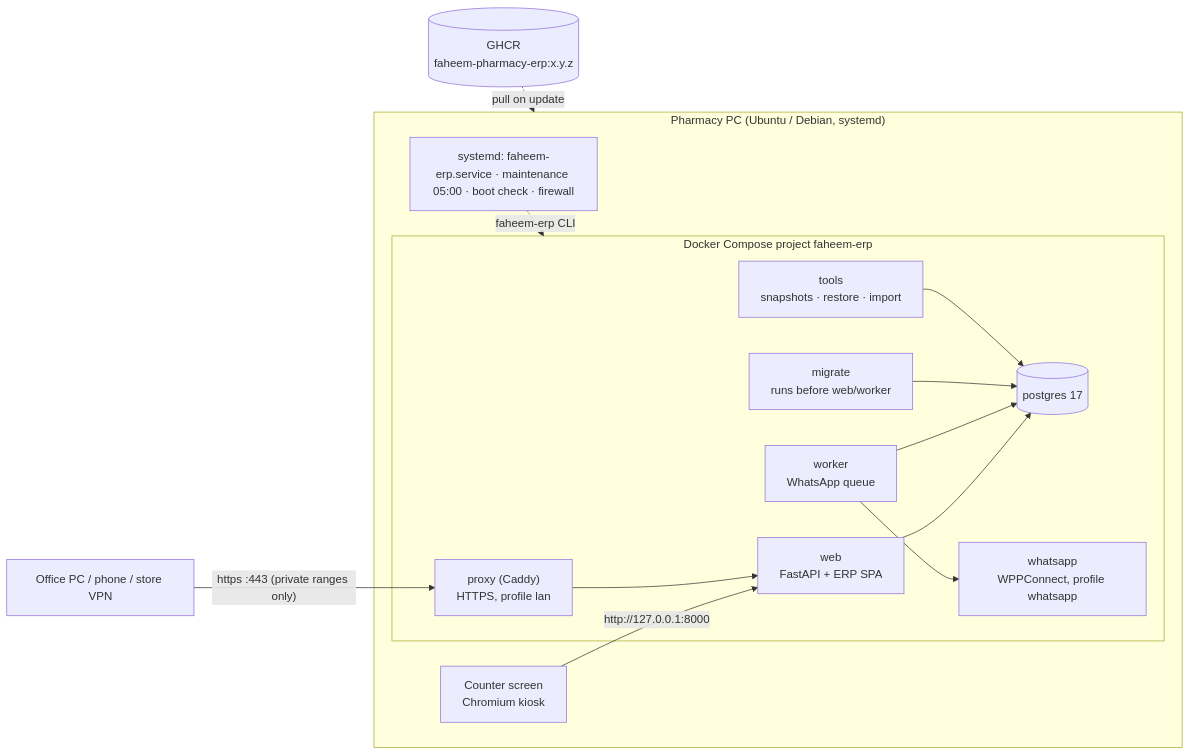
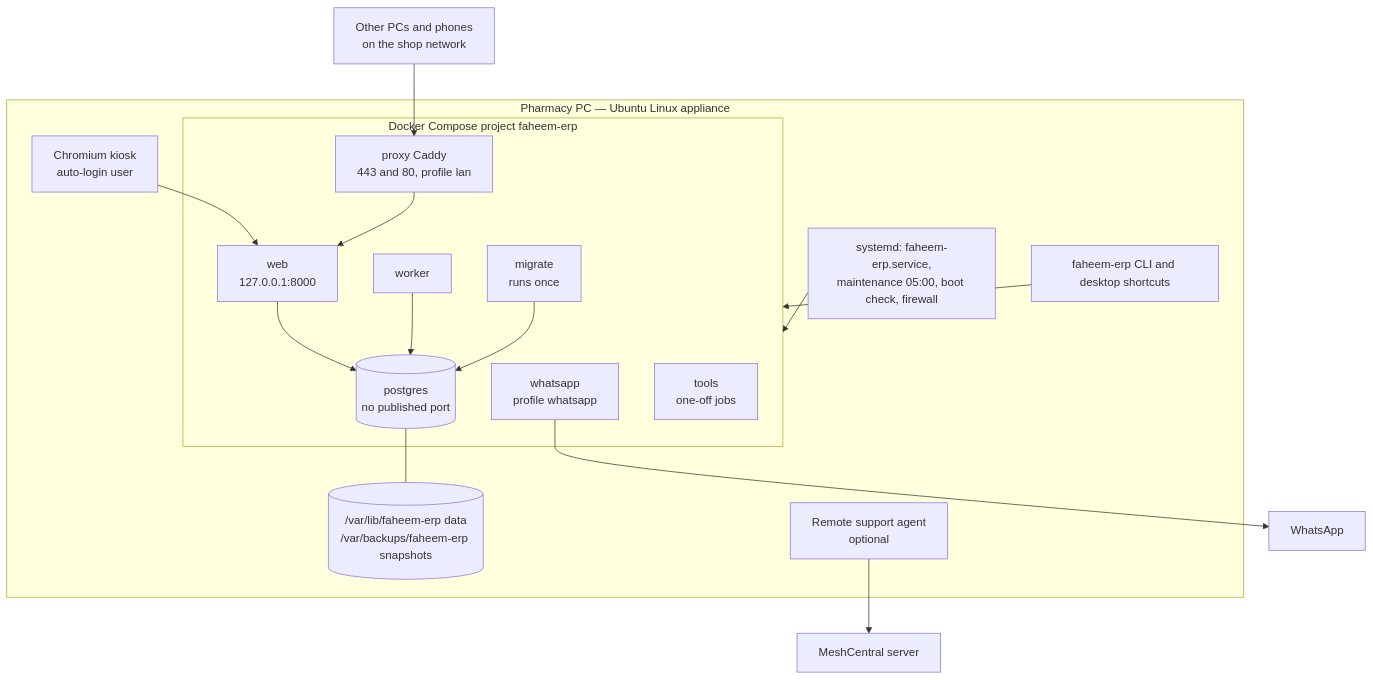
Before and after one commit to ArFtw-operative/faheem-pharmacy-erp: the ninth of 11 diagrams in docs/ARCHITECTURE.md, drawn with Mermaid. The commit also changed other lines of this file and 8 other files, not shown here.

First line of the commit message:
Documentation suite: README, PRD, ARCHITECTURE, RULES, DESIGN, TASKS, MEMORY (+ CLAUDE.md hand-off)

````diff
--- a/docs/ARCHITECTURE.md
+++ b/docs/ARCHITECTURE.md
@@ -8,17 +476,30 @@
 ```mermaid
-flowchart LR
-    subgraph PC["Pharmacy PC (Ubuntu / Debian, systemd)"]
-      K["Counter screen<br/>Chromium kiosk"] -- "http://127.0.0.1:8000" --> WEB
-      subgraph STACK["Docker Compose project faheem-erp"]
-        PX["proxy (Caddy)<br/>HTTPS, profile lan"] --> WEB["web<br/>FastAPI + ERP SPA"]
-        WEB --> PG[("postgres 17")]
-        WK["worker<br/>WhatsApp queue"] --> PG
-        WK --> WA["whatsapp<br/>WPPConnect, profile whatsapp"]
-        MG["migrate<br/>runs before web/worker"] --> PG
-        TL["tools<br/>snapshots · restore · import"] --> PG
-      end
-      T["systemd: faheem-erp.service · maintenance 05:00 · boot check · firewall"] -. "faheem-erp CLI" .-> STACK
+flowchart TB
+    subgraph PC[Pharmacy PC — Ubuntu Linux appliance]
+        K[Chromium kiosk<br/>auto-login user]
+        subgraph Docker[Docker Compose project faheem-erp]
+            PG[(postgres<br/>no published port)]
+            MG[migrate<br/>runs once]
+            W[web<br/>127.0.0.1:8000]
+            WK[worker]
+            WA[whatsapp<br/>profile whatsapp]
+            PX[proxy Caddy<br/>443 and 80, profile lan]
+            T[tools<br/>one-off jobs]
+        end
+        SD[systemd: faheem-erp.service,<br/>maintenance 05:00, boot check, firewall]
+        CLI[faheem-erp CLI and desktop shortcuts]
+        VOL[(/var/lib/faheem-erp data<br/>/var/backups/faheem-erp snapshots)]
+        AG[Remote support agent<br/>optional]
     end
-    LAN["Office PC / phone / store VPN"] -- "https :443 (private ranges only)" --> PX
-    GHCR[("GHCR<br/>faheem-pharmacy-erp:x.y.z")] -. "pull on update" .-> PC
+    LAN[Other PCs and phones<br/>on the shop network] --> PX
+    K --> W
+    PX --> W
+    W --> PG
+    WK --> PG
+    MG --> PG
+    WA --> NET[WhatsApp]
+    PG --- VOL
+    SD --> Docker
+    CLI --> Docker
+    AG --> MCS[MeshCentral server]
 ```
````
